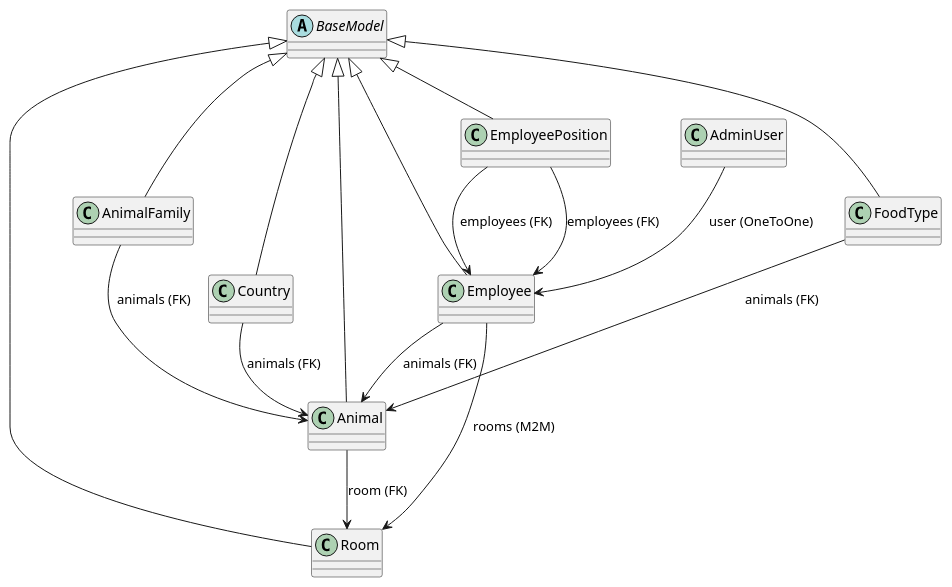
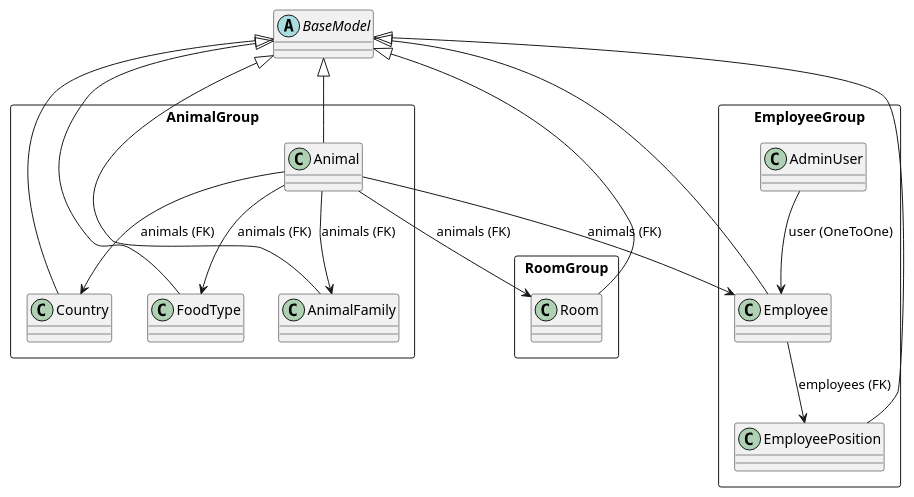
Before and after one commit to Antrsss/IGI_STRWEB_RENAMED: the diagram in IGI/LR5/ZooApp/diagram/zoo.puml, drawn with PlantUML. The commit also changed 1 other file, not shown here.

Commit message:
Diagram (puml) fixed

```diff
--- a/IGI/LR5/ZooApp/diagram/zoo.puml
+++ b/IGI/LR5/ZooApp/diagram/zoo.puml
@@ -1,39 +1,42 @@
 @startuml Diagram
-
+top to bottom direction
 
 abstract class BaseModel
 
-class Animal
+rectangle AnimalGroup {
+    class Animal
+    class AnimalFamily
+    class Country
+    class FoodType
+}
 
-class AnimalFamily
+rectangle EmployeeGroup {
+    class AdminUser
+    class Employee
+    class EmployeePosition
+}
 
-class Room
-
-class FoodType
-
-class Employee
-
-class EmployeePosition
-
-class Country
+rectangle RoomGroup {
+    class Room
+}
 
 BaseModel <|-- Animal
 BaseModel <|-- AnimalFamily
 BaseModel <|-- Country
 BaseModel <|-- Employee
 BaseModel <|-- EmployeePosition
 BaseModel <|-- FoodType
 BaseModel <|-- Room
 
 AdminUser --> Employee : user (OneToOne)
 
-EmployeePosition --> Employee : employees (FK)
-Employee --> Room : rooms (M2M)
-Animal --> Room : room (FK)
-Employee --> Animal : animals (FK)
-AnimalFamily --> Animal : animals (FK)
-EmployeePosition --> Employee : employees (FK)
-Country --> Animal : animals (FK)
-FoodType --> Animal : animals (FK)
+Animal --> AnimalFamily : animals (FK)
+Animal --> Country : animals (FK)
+Animal --> FoodType : animals (FK)
+Animal --> Room : animals (FK)
+
+Animal --> Employee : animals (FK)
+
+Employee --> EmployeePosition : employees (FK)
 
 @enduml
```
